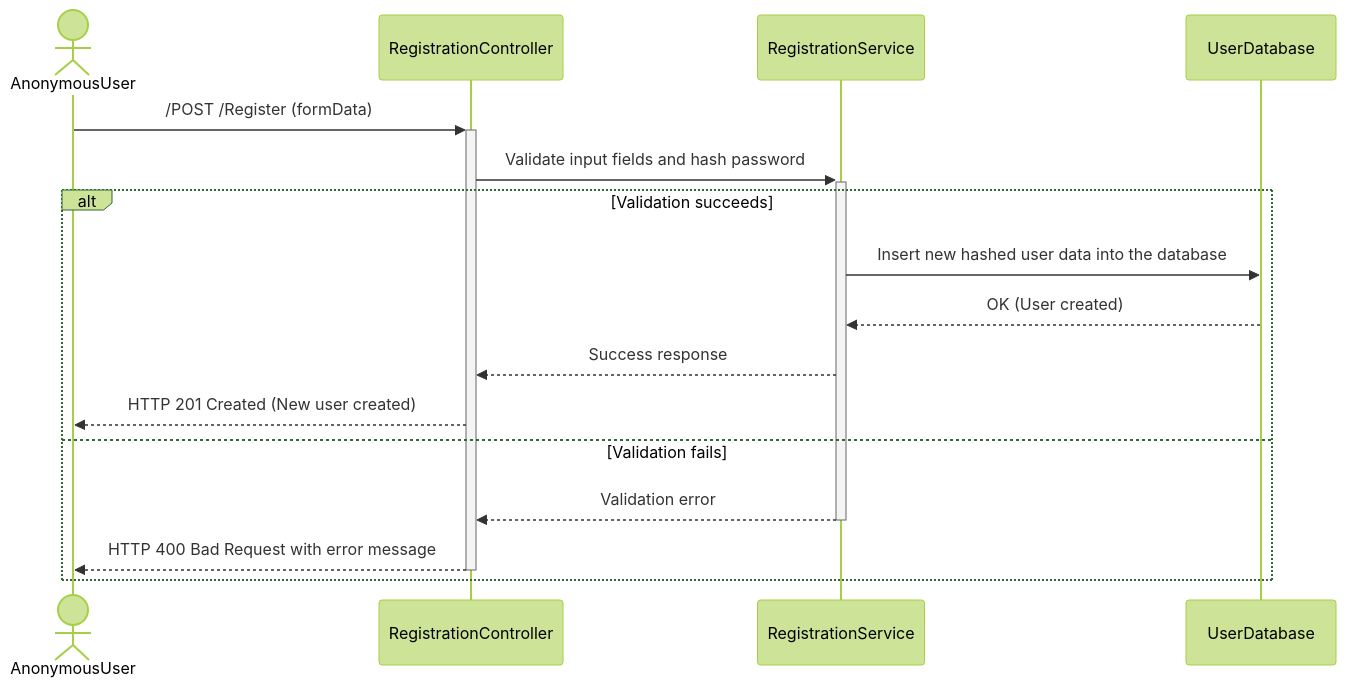
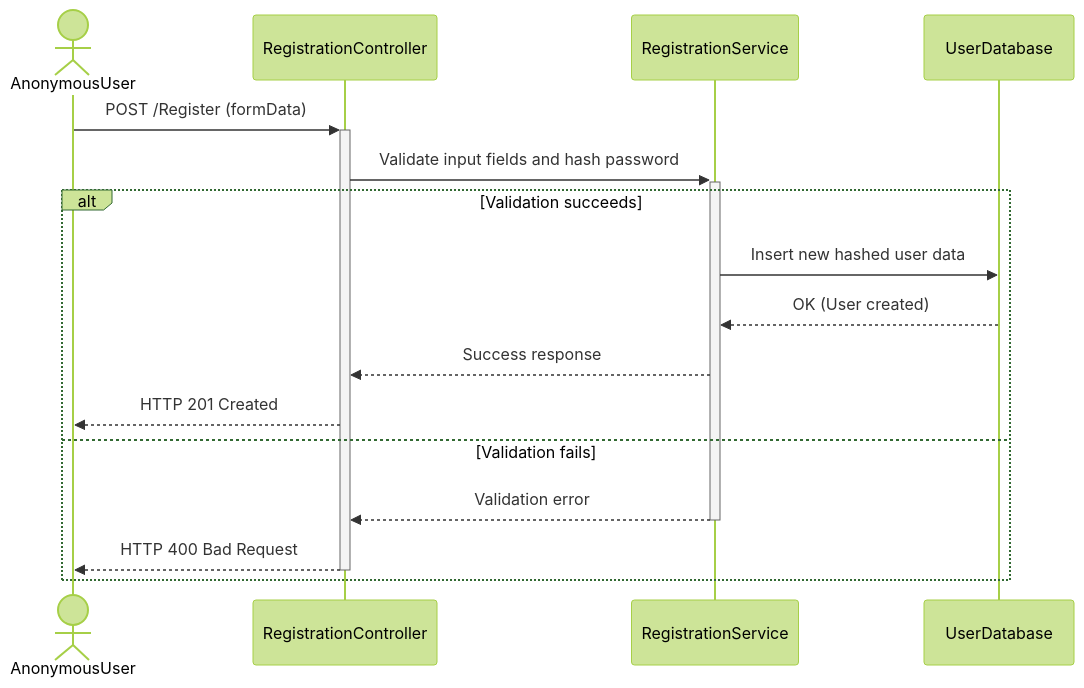
The third of 19 diagrams in docs/diagrams.md (ElisaRumSolberg/BookSphereAPI), drawn with Mermaid (forest theme) before and after one commit. The commit also changed other lines of this file, not shown here.

````diff
--- a/docs/diagrams.md
+++ b/docs/diagrams.md
@@ -85,25 +92,19 @@
-```mermaid 
-
+```mermaid
 sequenceDiagram
     actor AnonymousUser
     participant RegistrationController
     participant RegistrationService
     participant UserDatabase
 
-    AnonymousUser ->>+ RegistrationController: /POST /Register (formData)
+    AnonymousUser ->>+ RegistrationController: POST /Register (formData)
     RegistrationController ->>+ RegistrationService: Validate input fields and hash password
     alt Validation succeeds
-        RegistrationService ->> UserDatabase: Insert new hashed user data into the database
+        RegistrationService ->> UserDatabase: Insert new hashed user data
         UserDatabase -->> RegistrationService: OK (User created)
         RegistrationService -->> RegistrationController: Success response
-        RegistrationController -->> AnonymousUser: HTTP 201 Created (New user created)
+        RegistrationController -->> AnonymousUser: HTTP 201 Created
     else Validation fails
         RegistrationService -->>- RegistrationController: Validation error
-        RegistrationController -->>- AnonymousUser: HTTP 400 Bad Request with error message
+        RegistrationController -->>- AnonymousUser: HTTP 400 Bad Request
     end
-
-
-
-
-
 ```
````
